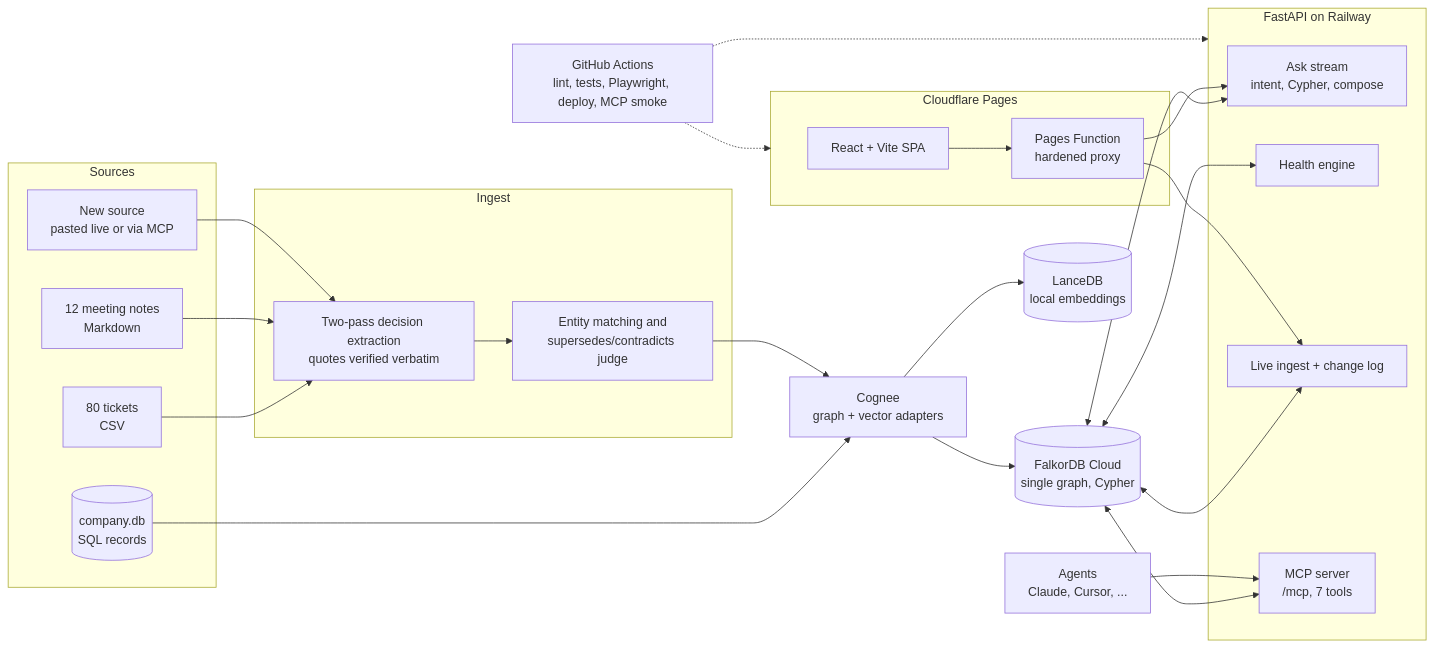
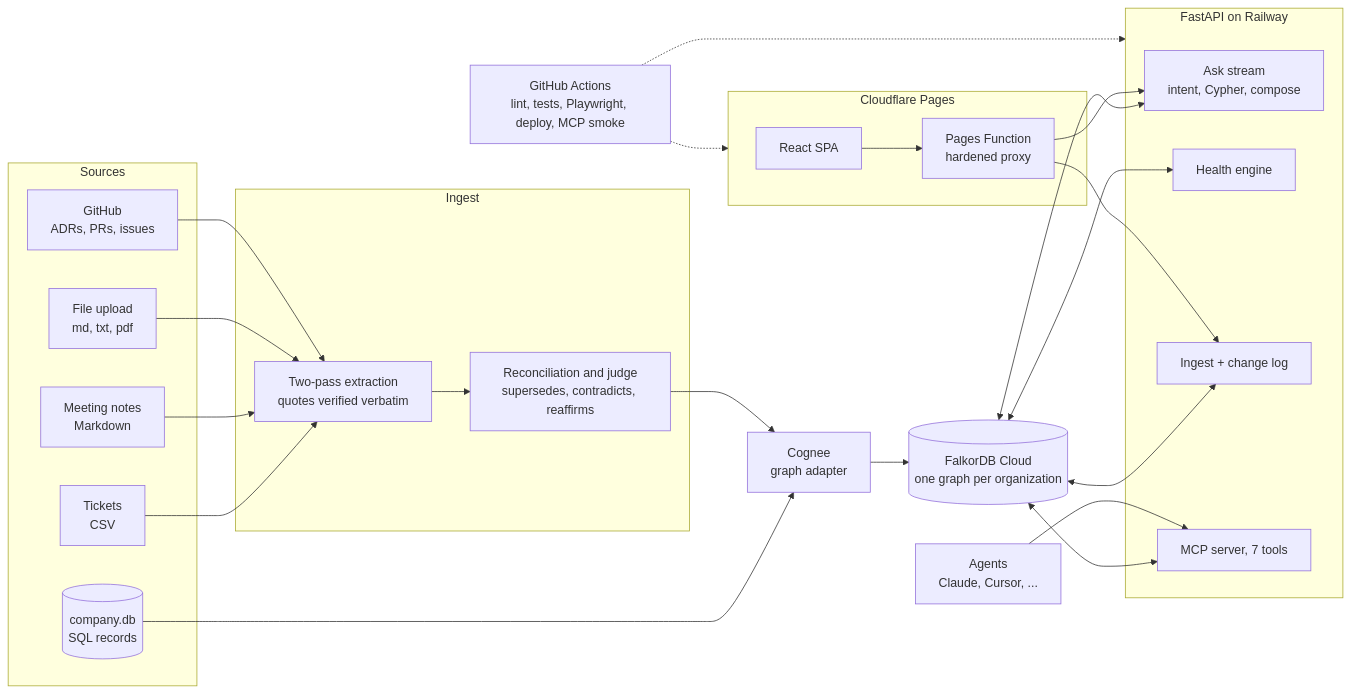
The diagram in README.md (Shrinet82/decision-trace), drawn with Mermaid before and after one commit. The commit also changed other lines of this file, not shown here.

````diff
--- a/README.md
+++ b/README.md
@@ -61,42 +63,42 @@
 ```mermaid
 flowchart LR
   subgraph SRC[Sources]
-    T[80 tickets<br/>CSV]
-    M[12 meeting notes<br/>Markdown]
-    S[(company.db<br/>SQL records)]
-    N[New source<br/>pasted live or via MCP]
+    SQL[(company.db<br/>SQL records)]
+    T[Tickets<br/>CSV]
+    M[Meeting notes<br/>Markdown]
+    UP[File upload<br/>md, txt, pdf]
+    GH[GitHub<br/>ADRs, PRs, issues]
   end
   subgraph ING[Ingest]
-    E[Two-pass decision extraction<br/>quotes verified verbatim]
-    R[Entity matching and<br/>supersedes/contradicts judge]
+    E[Two-pass extraction<br/>quotes verified verbatim]
+    R[Reconciliation and judge<br/>supersedes, contradicts, reaffirms]
   end
-  C[Cognee<br/>graph + vector adapters]
-  F[(FalkorDB Cloud<br/>single graph, Cypher)]
-  L[(LanceDB<br/>local embeddings)]
+  C[Cognee<br/>graph adapter]
+  F[(FalkorDB Cloud<br/>one graph per organization)]
   subgraph API[FastAPI on Railway]
     A[Ask stream<br/>intent, Cypher, compose]
     H[Health engine]
-    I[Live ingest + change log]
-    X[MCP server<br/>/mcp, 7 tools]
+    I[Ingest + change log]
+    X[MCP server, 7 tools]
   end
   subgraph WEB[Cloudflare Pages]
-    UI[React + Vite SPA]
+    UI[React SPA]
     P[Pages Function<br/>hardened proxy]
   end
+  SQL --> C
   T --> E
   M --> E
-  S --> C
-  N --> E
+  UP --> E
+  GH --> E
   E --> R --> C
   C --> F
-  C --> L
   F <--> A
   F <--> H
   F <--> I
   F <--> X
   UI --> P --> A
   P --> I
   AG[Agents<br/>Claude, Cursor, ...] --> X
   CI[GitHub Actions<br/>lint, tests, Playwright, deploy, MCP smoke] -.-> API
   CI -.-> WEB
 ```
````
